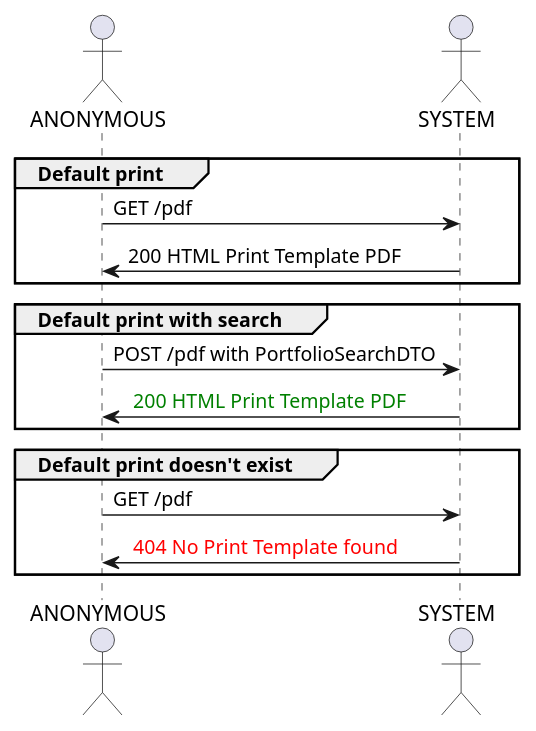
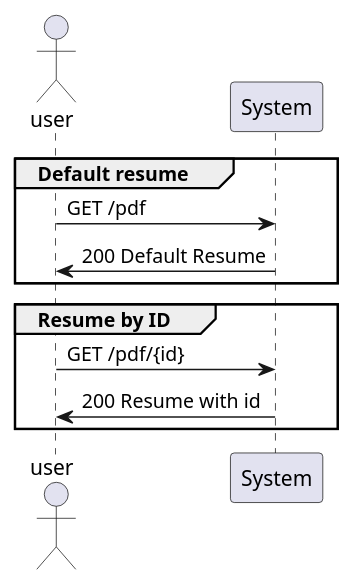
Before and after one commit to kane16/portfolio-server: the diagram in KB/CV View/CV View.md, drawn with PlantUML. The commit also changed other lines of this file and 2 other files, not shown here.

````diff
--- a/KB/CV View/CV View.md
+++ b/KB/CV View/CV View.md
@@ -5,16 +16,15 @@
 ```plantuml
-actor ANONYMOUS as guest
-actor SYSTEM as system
-group Default print
-guest -> system: GET /pdf
-system -> guest: 200 HTML Print Template PDF
+actor user
+participant System as system
+
+group Default resume
+user -> system: GET /pdf
+system -> user: 200 Default Resume
 end
-group Default print with search
-guest -> system: POST /pdf with PortfolioSearchDTO 
-system -> guest: <font color=green> 200 HTML Print Template PDF
+
+group Resume by ID
+user -> system: GET /pdf/{id}
+system -> user: 200 Resume with id
 end
-group Default print doesn't exist
-guest -> system: GET /pdf
-system -> guest: <font color=red> 404 No Print Template found
-end
+
 ```
````
